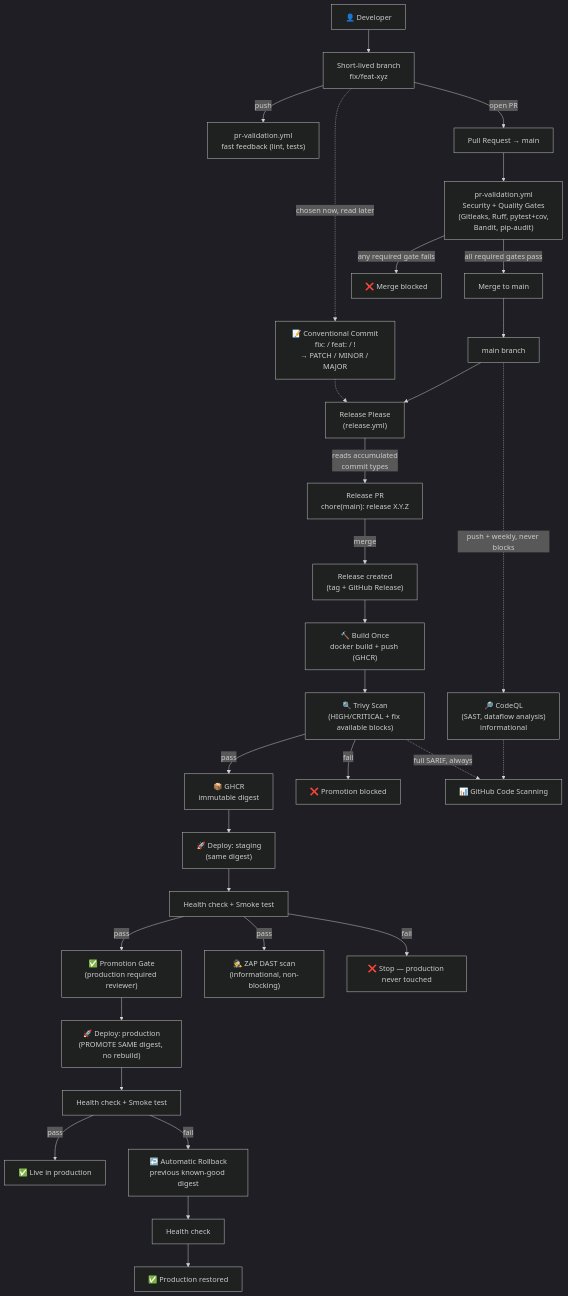
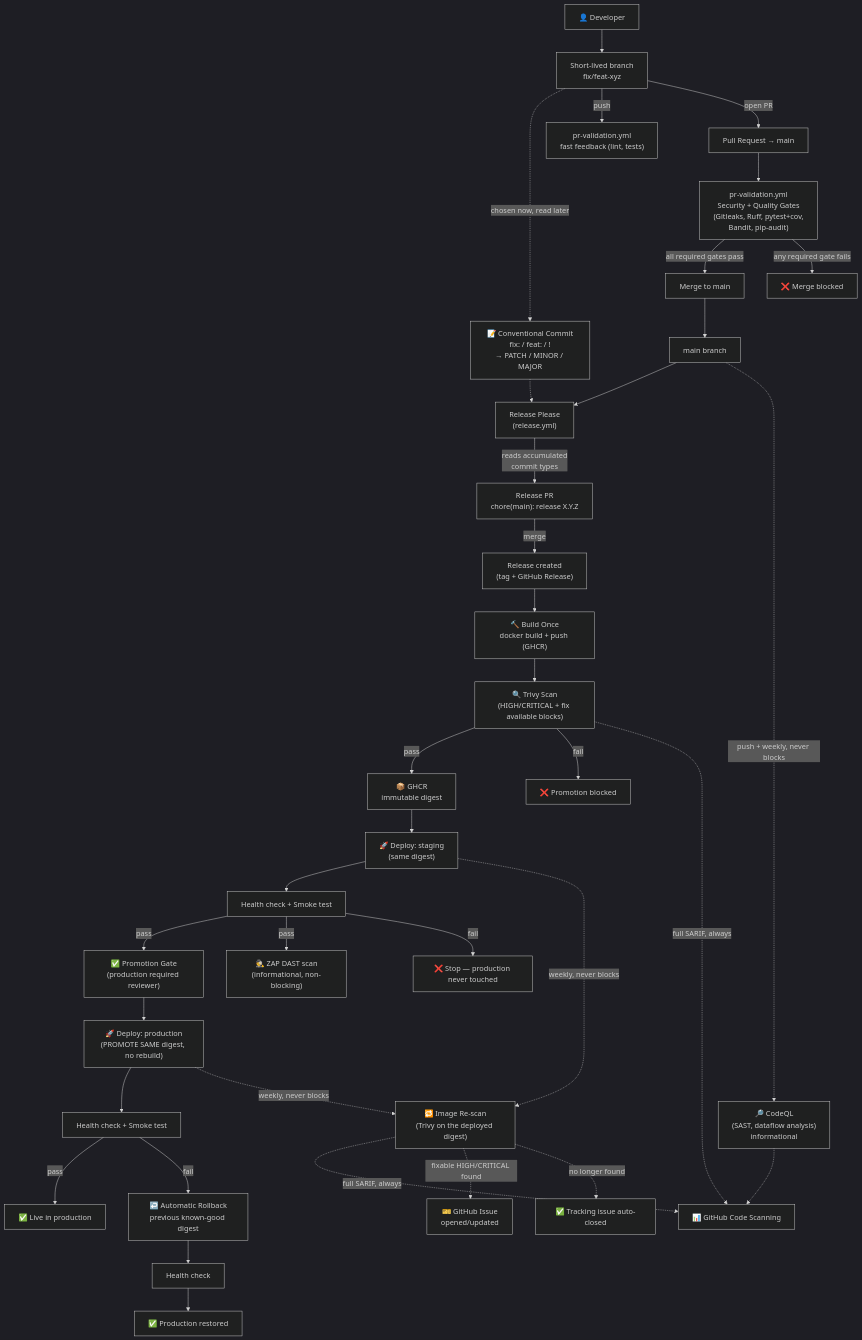
Before and after one commit to eazysec/cicd-devsecops-demo: the diagram in docs/diagrams/pipeline.mmd, drawn with Mermaid (dark theme). The commit also changed 6 other files, not shown here.

```diff
--- a/docs/diagrams/pipeline.mmd
+++ b/docs/diagrams/pipeline.mmd
@@ -1,32 +1,38 @@
 flowchart TD
     Dev["👤 Developer"] --> Branch["Short-lived branch\nfix/feat-xyz"]
     Branch -.->|chosen now, read later| CommitType["📝 Conventional Commit\nfix: / feat: / !\n→ PATCH / MINOR / MAJOR"]
     CommitType -.-> RP
     Branch -->|push| FastFeedback["pr-validation.yml\nfast feedback (lint, tests)"]
     Branch -->|open PR| PR["Pull Request → main"]
     PR --> Gates["pr-validation.yml\nSecurity + Quality Gates\n(Gitleaks, Ruff, pytest+cov,\nBandit, pip-audit)"]
     Gates -->|all required gates pass| Merge["Merge to main"]
     Gates -->|any required gate fails| Blocked["❌ Merge blocked"]
     Merge --> Main["main branch"]
     Main --> RP["Release Please\n(release.yml)"]
     RP -->|reads accumulated\ncommit types| ReleasePR["Release PR\nchore(main): release X.Y.Z"]
     ReleasePR -->|merge| Release["Release created\n(tag + GitHub Release)"]
     Release --> BuildOnce["🔨 Build Once\ndocker build + push (GHCR)"]
     BuildOnce --> Scan["🔍 Trivy Scan\n(HIGH/CRITICAL + fix available blocks)"]
     Scan -->|pass| Registry["📦 GHCR\nimmutable digest"]
     Scan -->|fail| ScanBlocked["❌ Promotion blocked"]
     Scan -.->|full SARIF, always| CodeScanning["📊 GitHub Code Scanning"]
     Registry --> Staging["🚀 Deploy: staging\n(same digest)"]
     Staging --> VerifyStaging["Health check + Smoke test"]
     VerifyStaging -->|pass| PromotionGate["✅ Promotion Gate\n(production required reviewer)"]
     VerifyStaging -->|pass| ZAP["🕵️ ZAP DAST scan\n(informational, non-blocking)"]
     VerifyStaging -->|fail| StagingFail["❌ Stop — production never touched"]
     PromotionGate --> Production["🚀 Deploy: production\n(PROMOTE SAME digest, no rebuild)"]
     Production --> VerifyProd["Health check + Smoke test"]
     VerifyProd -->|pass| Done["✅ Live in production"]
     VerifyProd -->|fail| Rollback["↩️ Automatic Rollback\nprevious known-good digest"]
     Rollback --> RollbackVerify["Health check"]
     RollbackVerify --> Restored["✅ Production restored"]
 
     Main -.->|push + weekly, never blocks| CodeQL["🔎 CodeQL\n(SAST, dataflow analysis)\ninformational"]
     CodeQL -.-> CodeScanning
+
+    Staging -.->|weekly, never blocks| Rescan["🔁 Image Re-scan\n(Trivy on the deployed digest)"]
+    Production -.->|weekly, never blocks| Rescan
+    Rescan -.->|full SARIF, always| CodeScanning
+    Rescan -.->|fixable HIGH/CRITICAL found| Issue["🎫 GitHub Issue\nopened/updated"]
+    Rescan -.->|no longer found| IssueClosed["✅ Tracking issue auto-closed"]
```
